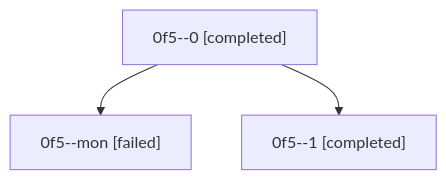
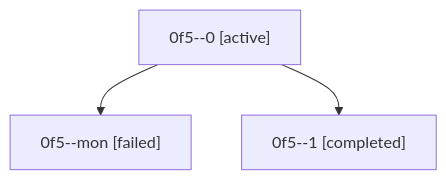
The diagram in families/bbugyi200.athena.0f5.md (sase-org/sase--agents), drawn with Mermaid before and after one commit. The commit also changed other lines of this file and 35830 other files, not shown here.

````diff
--- a/families/bbugyi200.athena.0f5.md
+++ b/families/bbugyi200.athena.0f5.md
@@ -9,8 +9,8 @@
 ```mermaid
 flowchart TD
-  n0["0f5--0 [completed]"]
+  n0["0f5--0 [active]"]
   n1["0f5--mon [failed]"]
   n0 --> n1
   n2["0f5--1 [completed]"]
   n0 --> n2
 ```
````
